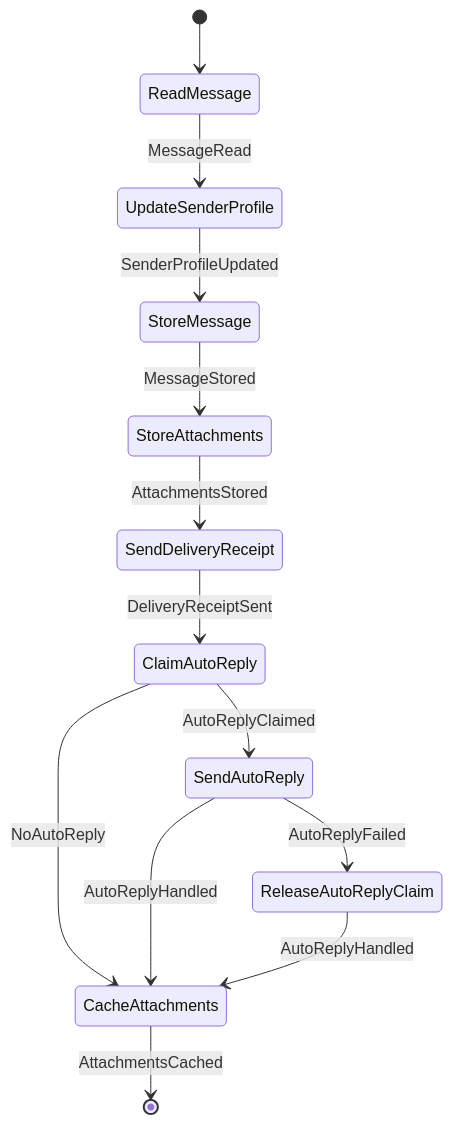
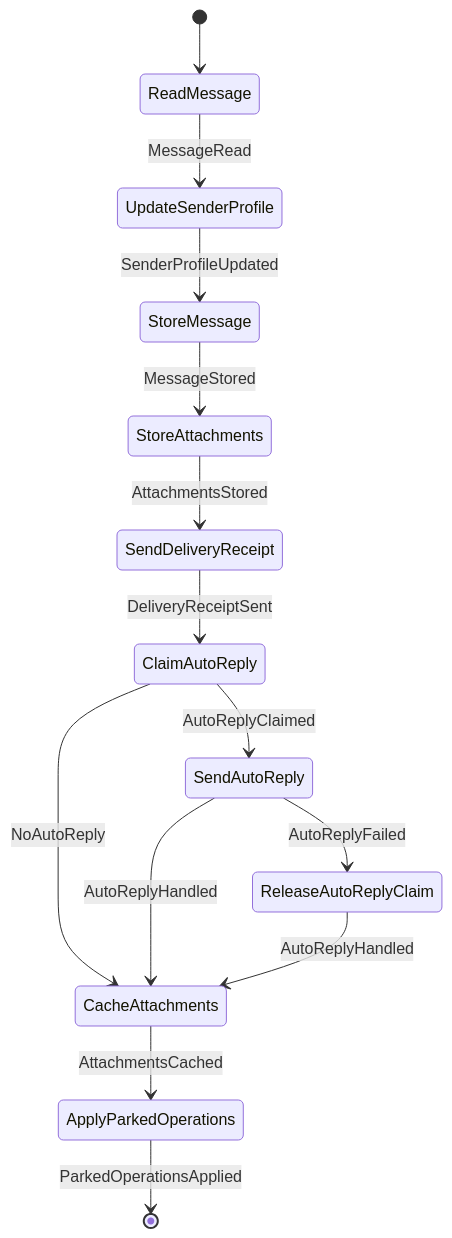
One commit to cbgm/Sparrow changed the first of 31 diagrams in docs/architecture/workflows/incoming.md. Above: the diagram before and after it, drawn with Mermaid. The commit also changed other lines of this file and 36 other files, not shown here.

````diff
--- a/docs/architecture/workflows/incoming.md
+++ b/docs/architecture/workflows/incoming.md
@@ -58,15 +59,16 @@
 ```mermaid
 stateDiagram-v2
     [*] --> ReadMessage
     ReadMessage --> UpdateSenderProfile : MessageRead
     UpdateSenderProfile --> StoreMessage : SenderProfileUpdated
     StoreMessage --> StoreAttachments : MessageStored
     StoreAttachments --> SendDeliveryReceipt : AttachmentsStored
     SendDeliveryReceipt --> ClaimAutoReply : DeliveryReceiptSent
     ClaimAutoReply --> SendAutoReply : AutoReplyClaimed
     ClaimAutoReply --> CacheAttachments : NoAutoReply
     SendAutoReply --> ReleaseAutoReplyClaim : AutoReplyFailed
     SendAutoReply --> CacheAttachments : AutoReplyHandled
     ReleaseAutoReplyClaim --> CacheAttachments : AutoReplyHandled
-    CacheAttachments --> [*] : AttachmentsCached
+    CacheAttachments --> ApplyParkedOperations : AttachmentsCached
+    ApplyParkedOperations --> [*] : ParkedOperationsApplied
 ```
````
